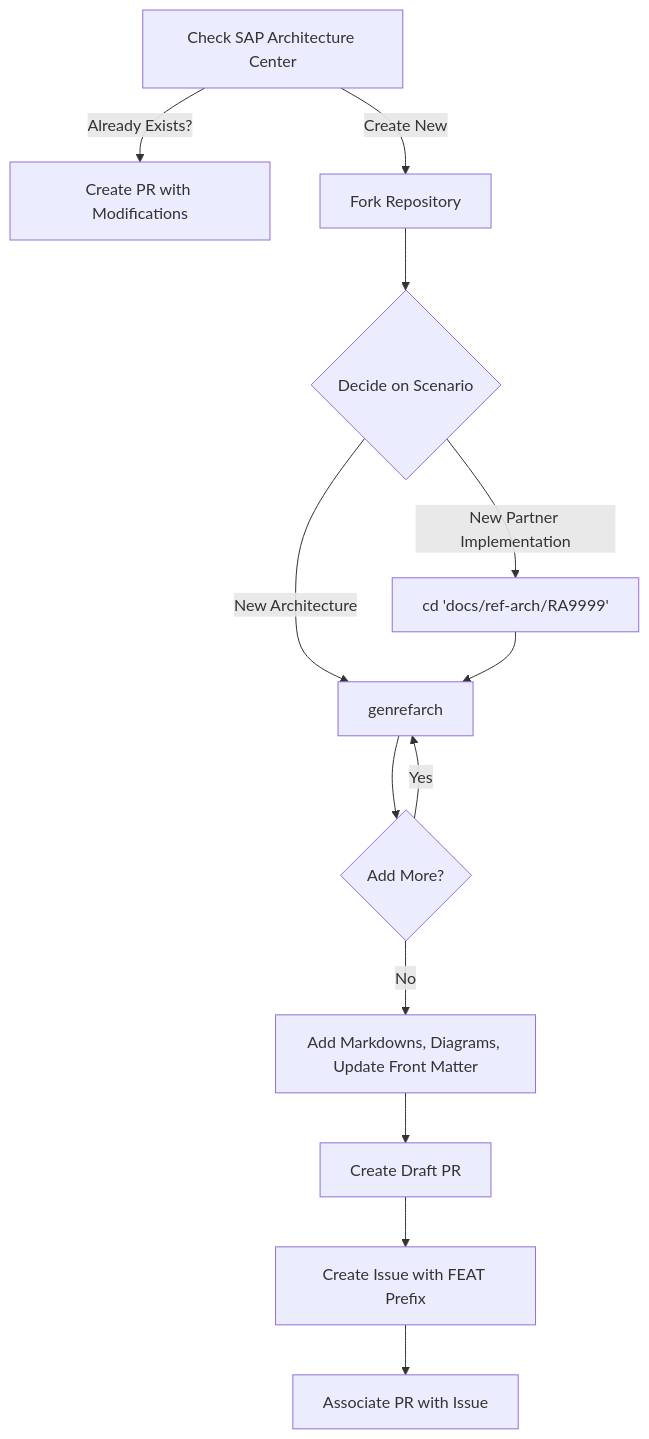
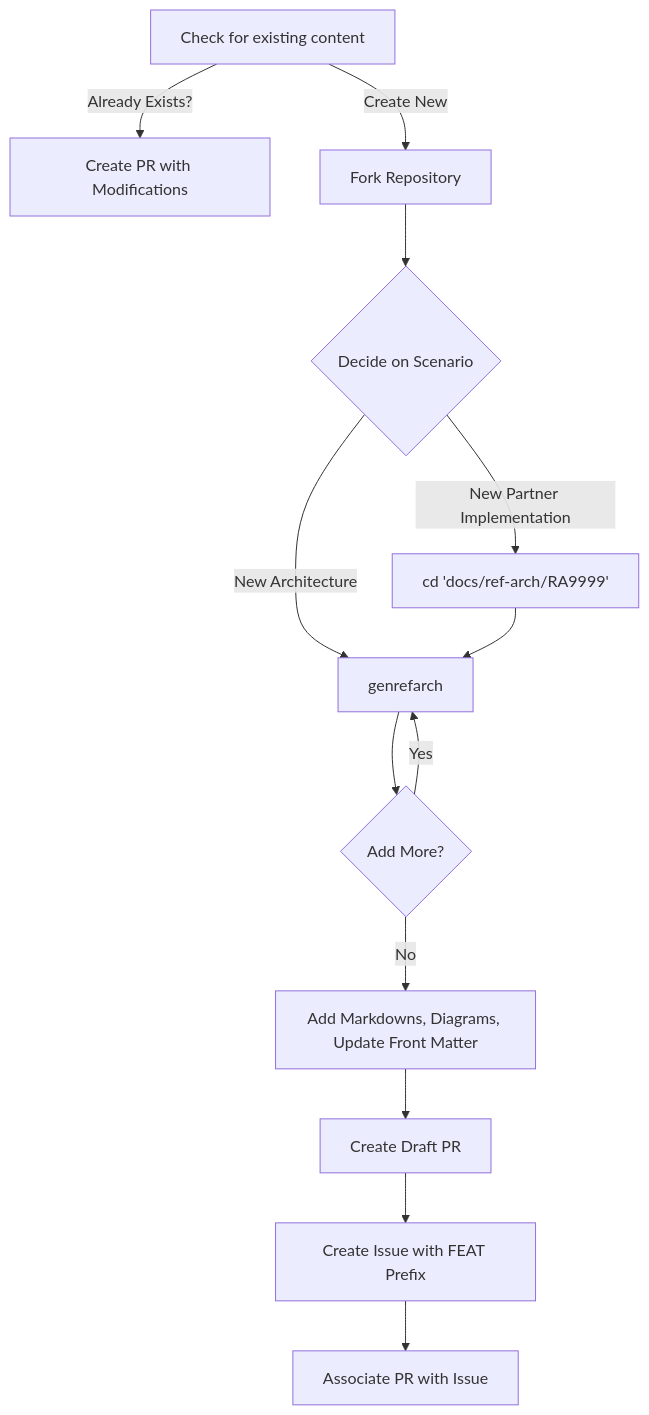
The diagram in community/intro.md (SAP/architecture-center), drawn with Mermaid before and after one commit. The commit also changed 1 other file, not shown here.

Commit message:
Add diagrams to contribution guidelines and update intro content

````diff
--- a/community/intro.md
+++ b/community/intro.md
@@ -42,15 +42,15 @@
 ```mermaid
 graph TD
-A[Check SAP Architecture Center] -->|Already Exists?| B[Create PR with Modifications]
+A[Check for existing content] -->|Already Exists?| B[Create PR with Modifications]
 A -->|Create New| D[Fork Repository]
 D --> C{Decide on Scenario}
 C -->|New Architecture| E[genrefarch]
 C -->|New Partner Implementation| H[cd 'docs/ref-arch/RA9999']
 H --> E
 E --> F{Add More?}
 F -->|Yes| E
 F -->|No| G[Add Markdowns, Diagrams, Update Front Matter]
 G --> I[Create Draft PR]
 I --> J[Create Issue with FEAT Prefix]
 J --> K[Associate PR with Issue]
 ```
````
